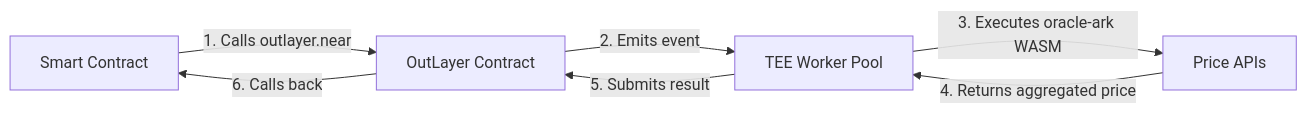
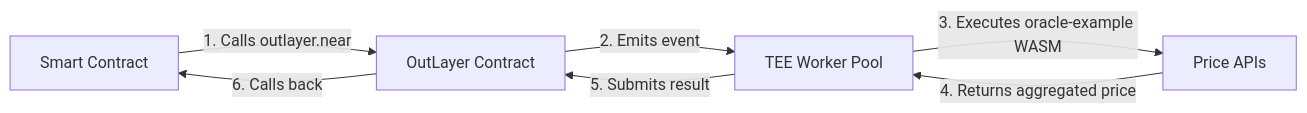
Before and after one commit to fastnear/near-outlayer: the diagram in ORACLE_RFP_PROPOSAL.md, drawn with Mermaid. The commit also changed other lines of this file and 16 other files, not shown here.

Commit message:
fix: oracle example moved

````diff
--- a/ORACLE_RFP_PROPOSAL.md
+++ b/ORACLE_RFP_PROPOSAL.md
@@ -68,9 +68,9 @@
 ```mermaid
 graph LR
     A[Smart Contract] -->|1. Calls outlayer.near| B[OutLayer Contract]
     B -->|2. Emits event| C[TEE Worker Pool]
-    C -->|3. Executes oracle-ark WASM| D[Price APIs]
+    C -->|3. Executes oracle-example WASM| D[Price APIs]
     D -->|4. Returns aggregated price| C
     C -->|5. Submits result| B
     B -->|6. Calls back| A
 ```
````
